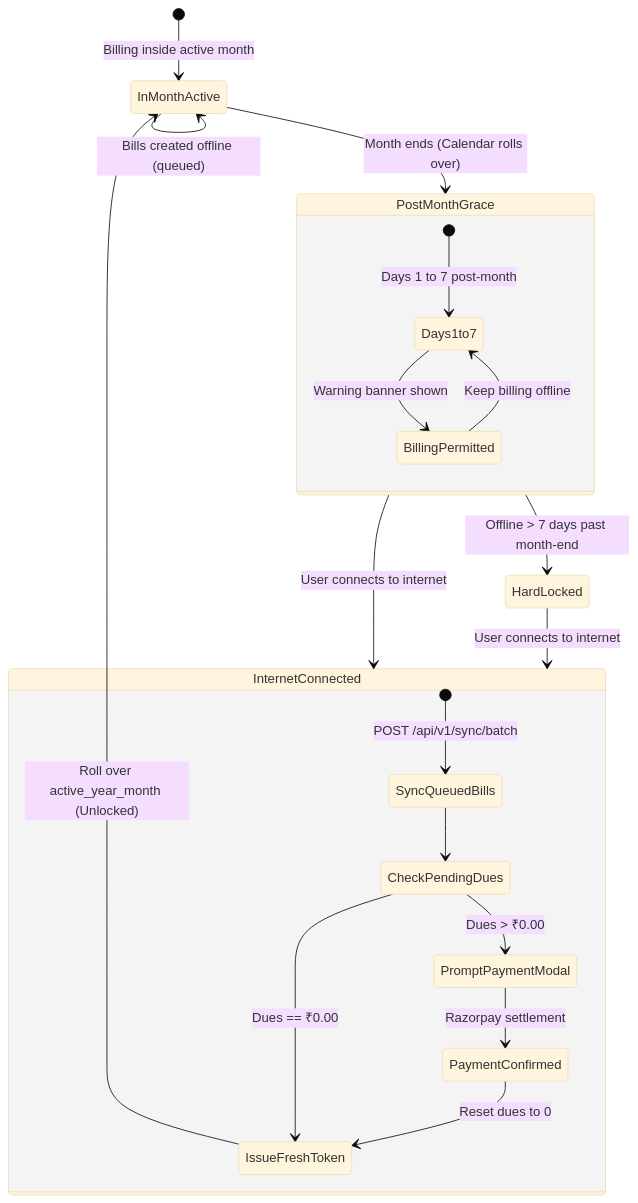
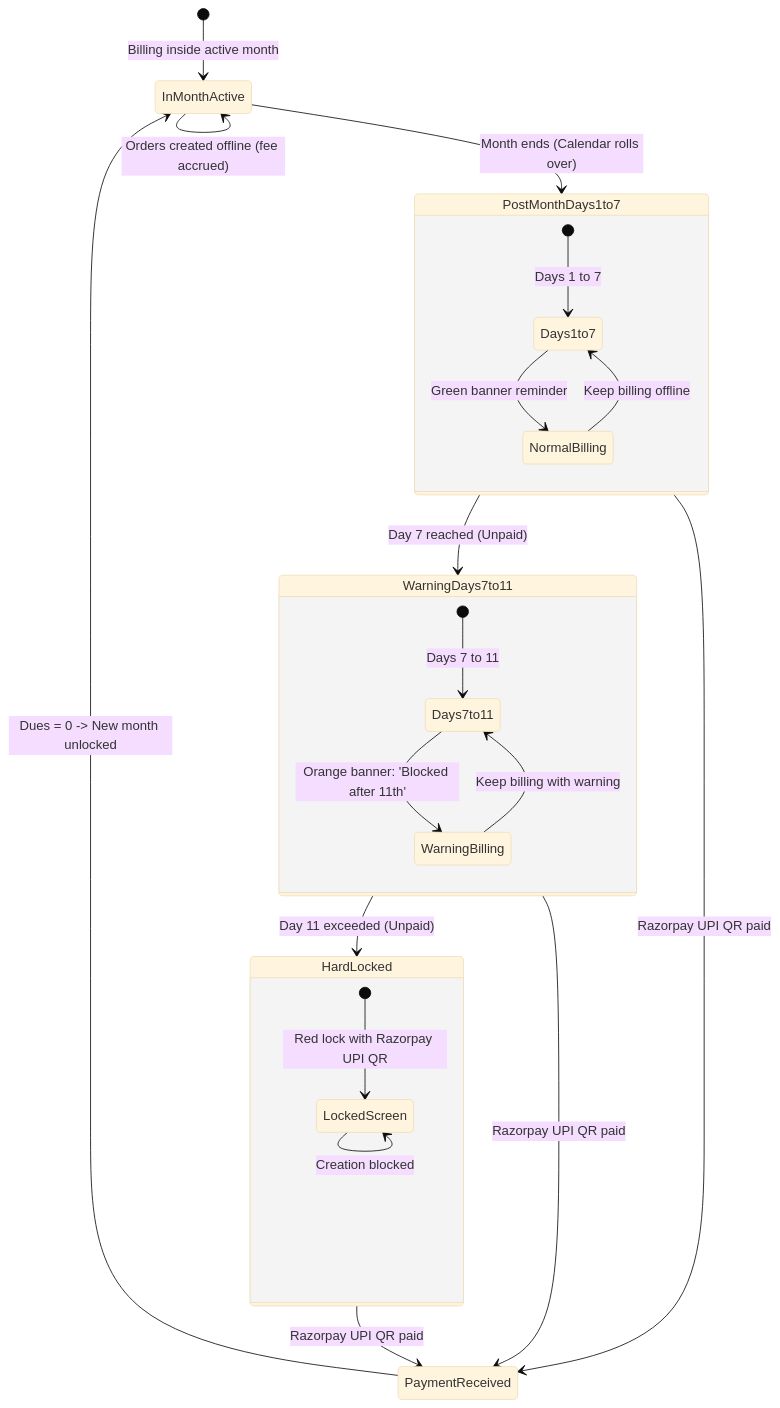
Before and after one commit to MStech206/billpulse-pro: the second of 2 diagrams in README.md, drawn with Mermaid (base theme). The commit also changed other lines of this file and 22 other files, not shown here.

Commit message:
feat: implement 5-screen desktop POS, 6-screen web admin panel, and 7th-to-11th grace policy

````diff
--- a/README.md
+++ b/README.md
@@ -199,28 +201,34 @@
 ```mermaid
 stateDiagram-v2
     [*] --> InMonthActive: Billing inside active month
 
-    InMonthActive --> PostMonthGrace: Month ends (Calendar rolls over)
-    InMonthActive --> InMonthActive: Bills created offline (queued)
+    InMonthActive --> InMonthActive: Orders created offline (fee accrued)
+    InMonthActive --> PostMonthDays1to7: Month ends (Calendar rolls over)
 
-    state PostMonthGrace {
-        [*] --> Days1to7: Days 1 to 7 post-month
-        Days1to7 --> BillingPermitted: Warning banner shown
-        BillingPermitted --> Days1to7: Keep billing offline
+    state PostMonthDays1to7 {
+        [*] --> Days1to7: Days 1 to 7
+        Days1to7 --> NormalBilling: Green banner reminder
+        NormalBilling --> Days1to7: Keep billing offline
     }
 
-    PostMonthGrace --> HardLocked: Offline > 7 days past month-end
-    HardLocked --> InternetConnected: User connects to internet
-    PostMonthGrace --> InternetConnected: User connects to internet
+    PostMonthDays1to7 --> WarningDays7to11: Day 7 reached (Unpaid)
 
-    state InternetConnected {
-        [*] --> SyncQueuedBills: POST /api/v1/sync/batch
-        SyncQueuedBills --> CheckPendingDues
-        CheckPendingDues --> PromptPaymentModal: Dues > ₹0.00
-        PromptPaymentModal --> PaymentConfirmed: Razorpay settlement
-        PaymentConfirmed --> IssueFreshToken: Reset dues to 0
-        CheckPendingDues --> IssueFreshToken: Dues == ₹0.00
+    state WarningDays7to11 {
+        [*] --> Days7to11: Days 7 to 11
+        Days7to11 --> WarningBilling: Orange banner: 'Blocked after 11th'
+        WarningBilling --> Days7to11: Keep billing with warning
     }
 
-    IssueFreshToken --> InMonthActive: Roll over active_year_month (Unlocked)
+    WarningDays7to11 --> HardLocked: Day 11 exceeded (Unpaid)
+
+    state HardLocked {
+        [*] --> LockedScreen: Red lock with Razorpay UPI QR
+        LockedScreen --> LockedScreen: Creation blocked
+    }
+
+    PostMonthDays1to7 --> PaymentReceived: Razorpay UPI QR paid
+    WarningDays7to11 --> PaymentReceived: Razorpay UPI QR paid
+    HardLocked --> PaymentReceived: Razorpay UPI QR paid
+
+    PaymentReceived --> InMonthActive: Dues = 0 -> New month unlocked
 ```
````
